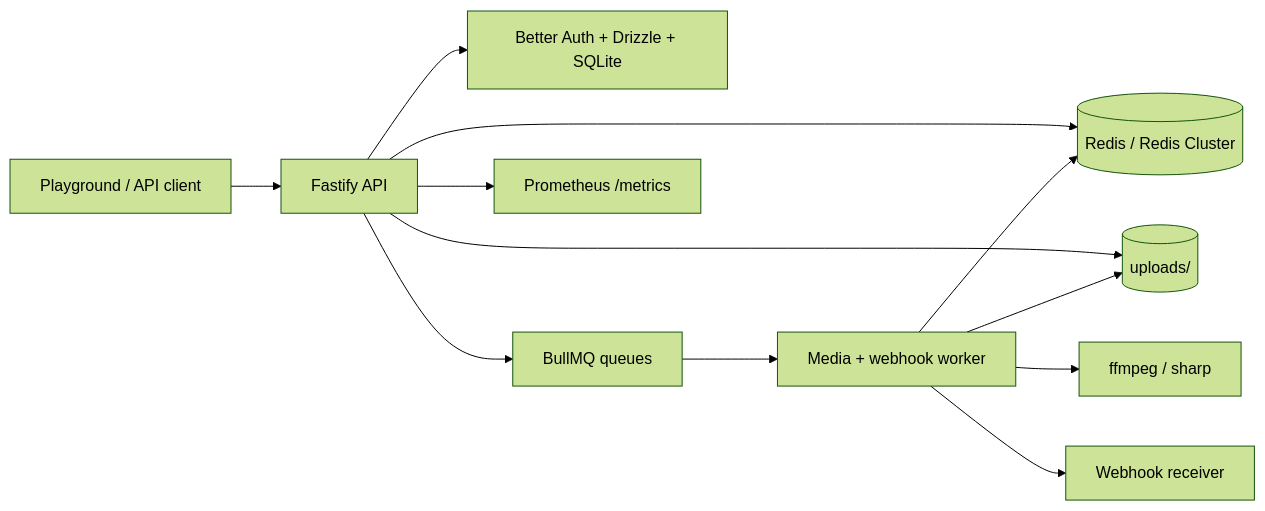
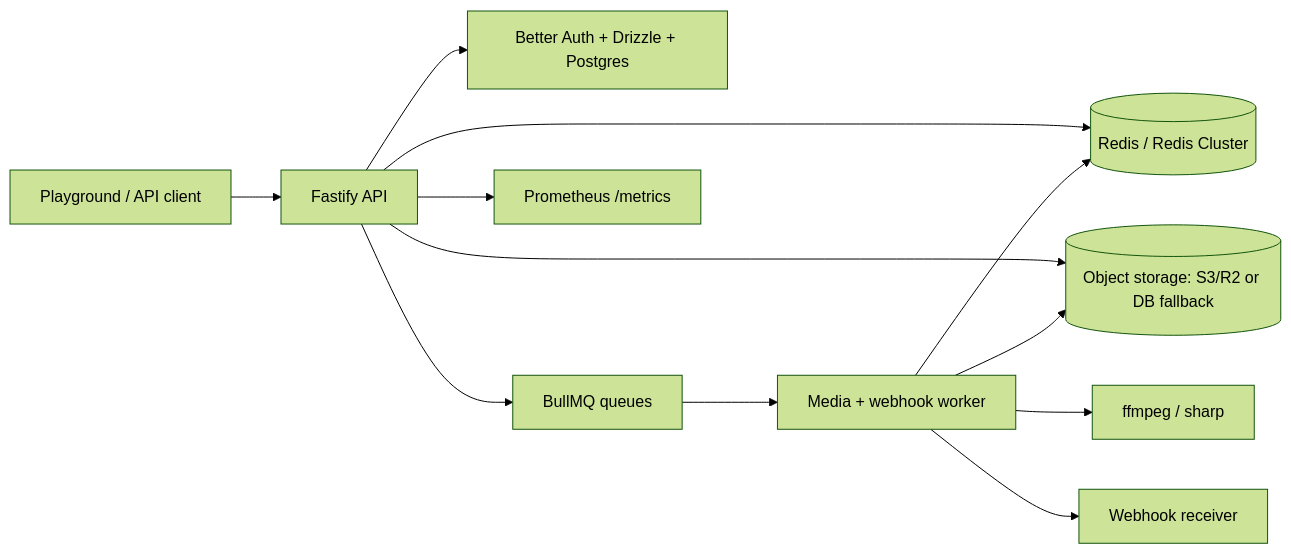
The diagram in README.md (Eshan05/MRL-Media), drawn with Mermaid (forest theme) before and after one commit. The commit also changed other lines of this file and 15 other files, not shown here.

Commit message:
Make deployment architecture resume grade

````diff
--- a/README.md
+++ b/README.md
@@ -85,14 +86,14 @@
 ```mermaid
 flowchart LR
   Browser[Playground / API client] --> API[Fastify API]
-  API --> Auth[Better Auth + Drizzle + SQLite]
+  API --> Auth[Better Auth + Drizzle + Postgres]
   API --> Redis[(Redis / Redis Cluster)]
-  API --> Uploads[(uploads/)]
+  API --> Storage[(Object storage: S3/R2 or DB fallback)]
   API --> Queue[BullMQ queues]
   Queue --> Worker[Media + webhook worker]
   Worker --> Redis
-  Worker --> Uploads
+  Worker --> Storage
   Worker --> FFmpeg[ffmpeg / sharp]
   Worker --> Webhook[Webhook receiver]
   API --> Metrics[Prometheus /metrics]
 ```
````
